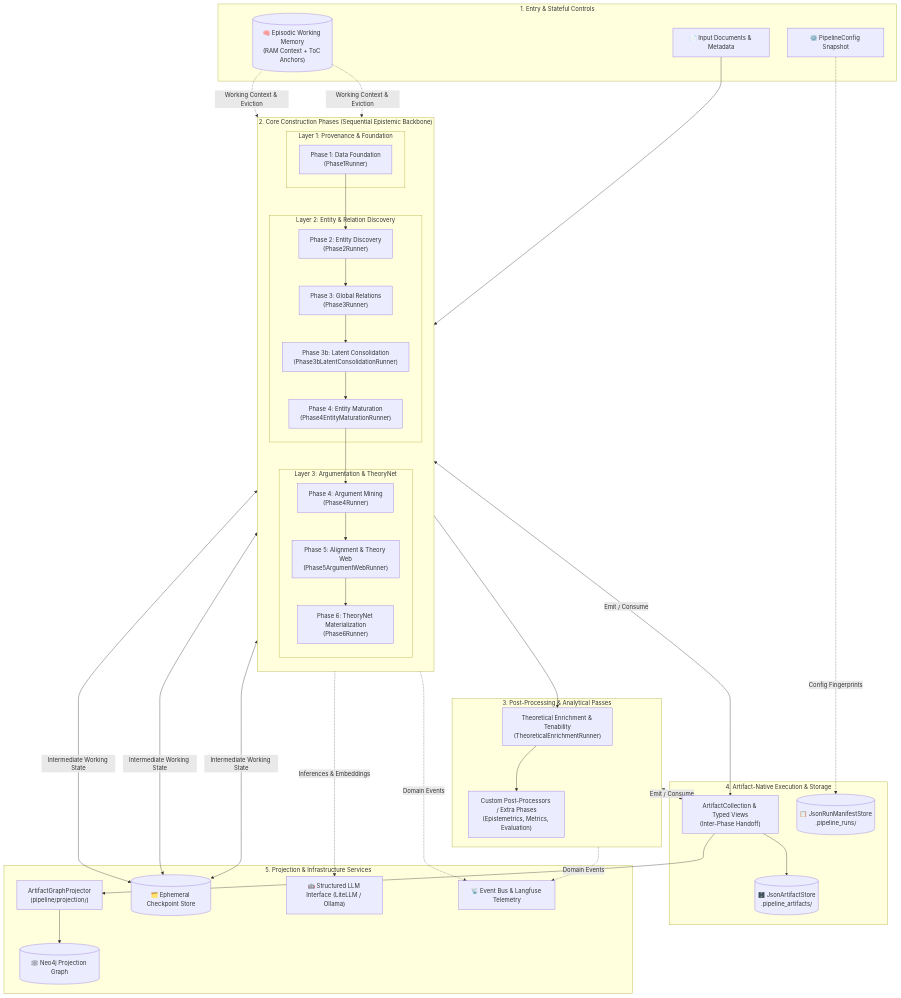
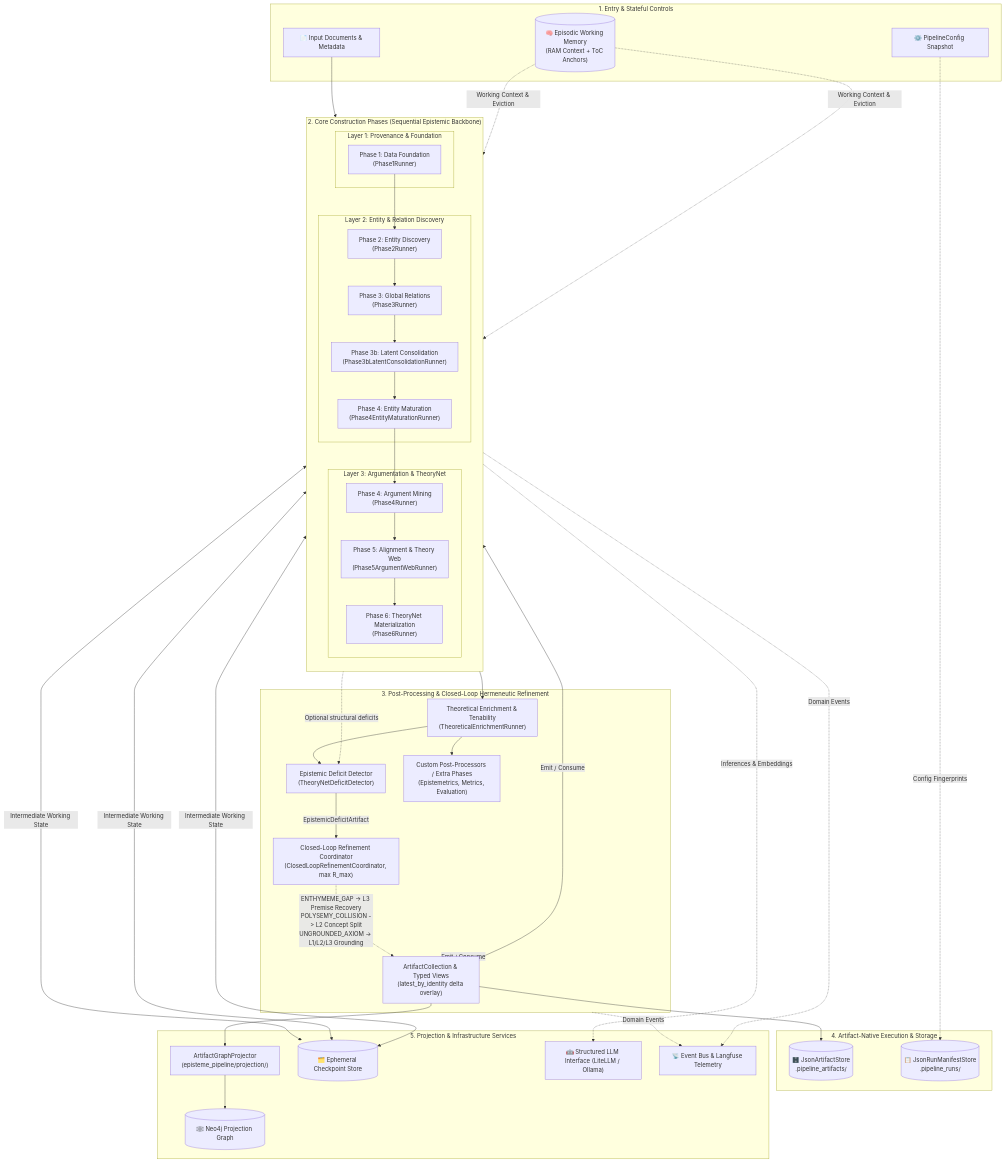
One commit to maxoem/EpistemeX changed the first of 3 diagrams in docs/architecture/pipeline_architecture.md. Above: the diagram before and after it, drawn with Mermaid. The commit also changed other lines of this file and 21 other files, not shown here.

Commit message:
docs(issue-053): add ADR-0024 and sync architecture, workflow, reference, roadmap, and issue docs

````diff
--- a/docs/architecture/pipeline_architecture.md
+++ b/docs/architecture/pipeline_architecture.md
@@ -32,69 +32,75 @@
 ```mermaid
 flowchart TB
     %% Tier 1: Entry & Controls
     subgraph Controls ["1. Entry & Stateful Controls"]
         IN["📄 Input Documents & Metadata"]
         CFG["⚙️ PipelineConfig Snapshot"]
         WM[("🧠 Episodic Working Memory\n(RAM Context + ToC Anchors)")]
     end
 
     %% Tier 2: Core Epistemic Pipeline
     subgraph CorePhases ["2. Core Construction Phases (Sequential Epistemic Backbone)"]
         direction TB
         subgraph Layer1 ["Layer 1: Provenance & Foundation"]
             P1["Phase 1: Data Foundation<br/>(Phase1Runner)"]
         end
         subgraph Layer2 ["Layer 2: Entity & Relation Discovery"]
             P2["Phase 2: Entity Discovery<br/>(Phase2Runner)"]
             P3["Phase 3: Global Relations<br/>(Phase3Runner)"]
             P3b["Phase 3b: Latent Consolidation<br/>(Phase3bLatentConsolidationRunner)"]
             P4m["Phase 4: Entity Maturation<br/>(Phase4EntityMaturationRunner)"]
         end
         subgraph Layer3 ["Layer 3: Argumentation & TheoryNet"]
             P4["Phase 4: Argument Mining<br/>(Phase4Runner)"]
             P5["Phase 5: Alignment & Theory Web<br/>(Phase5ArgumentWebRunner)"]
             P6["Phase 6: TheoryNet Materialization<br/>(Phase6Runner)"]
         end
         P1 --> P2 --> P3 --> P3b --> P4m --> P4 --> P5 --> P6
     end
 
-    %% Tier 3: Post-Processing
-    subgraph Extensibility ["3. Post-Processing & Analytical Passes"]
+    %% Tier 3: Post-Processing & Closed-Loop Refinement
+    subgraph Extensibility ["3. Post-Processing & Closed-Loop Hermeneutic Refinement"]
         PP["Theoretical Enrichment & Tenability<br/>(TheoreticalEnrichmentRunner)"]
+        DET["Epistemic Deficit Detector<br/>(TheoryNetDeficitDetector)"]
+        COORD["Closed-Loop Refinement Coordinator<br/>(ClosedLoopRefinementCoordinator, max R_max)"]
         EXTRA["Custom Post-Processors / Extra Phases<br/>(Epistemetrics, Metrics, Evaluation)"]
         P6 --> PP
+        P6 -.->|"Optional structural deficits"| DET
+        PP --> DET
+        DET -->|"EpistemicDeficitArtifact"| COORD
+        COORD -.->|"ENTHYMEME_GAP -> L3 Premise Recovery<br/>POLYSEMY_COLLISION -> L2 Concept Split<br/>UNGROUNDED_AXIOM -> L1/L2/L3 Grounding"| COLL
         PP --> EXTRA
     end
 
     %% Tier 4: Artifact Execution & Storage
     subgraph ArtifactHandoff ["4. Artifact-Native Execution & Storage"]
-        COLL["ArtifactCollection & Typed Views<br/>(Inter-Phase Handoff)"]
+        COLL["ArtifactCollection & Typed Views<br/>(latest_by_identity delta overlay)"]
         ASTORE[("🗄️ JsonArtifactStore<br/>.pipeline_artifacts/")]
         MSTORE[("📋 JsonRunManifestStore<br/>.pipeline_runs/")]
     end
 
     %% Tier 5: Backends & Observers
     subgraph Backends ["5. Projection & Infrastructure Services"]
-        PROJ["ArtifactGraphProjector<br/>(pipeline/projection/)"]
+        PROJ["ArtifactGraphProjector<br/>(episteme_pipeline/projection/)"]
         NEO[("🕸️ Neo4j Projection Graph")]
         CHECK[("🗂️ Ephemeral Checkpoint Store")]
         LLM["🤖 Structured LLM Interface (LiteLLM / Ollama)"]
         EVENT["📡 Event Bus & Langfuse Telemetry"]
     end
 
     %% Connections
     IN --> P1
     CFG -.->|"Config Fingerprints"| MSTORE
     WM -.->|"Working Context & Eviction"| P2 & P3
 
     CorePhases <-->|"Emit / Consume"| COLL
     Extensibility <-->|"Emit / Consume"| COLL
     COLL --> ASTORE
     COLL --> PROJ
     PROJ --> NEO
 
     P2 & P3 & P4m <-->|"Intermediate Working State"| CHECK
     CorePhases -.->|"Inferences & Embeddings"| LLM
     CorePhases -.->|"Domain Events"| EVENT
     Extensibility -.->|"Domain Events"| EVENT
 ```
````
